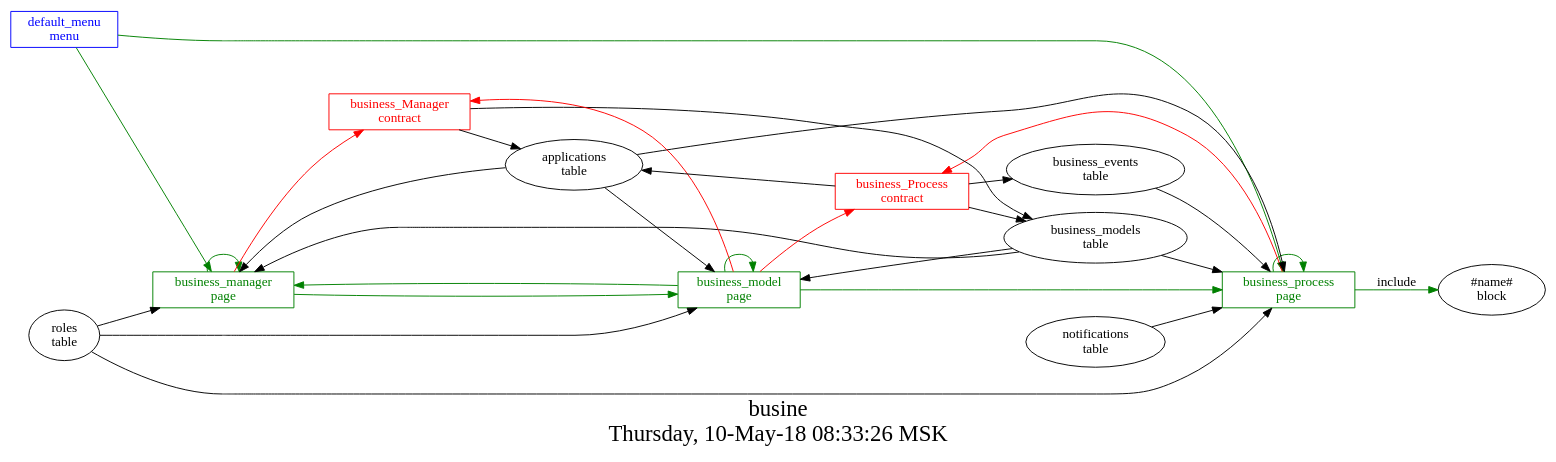
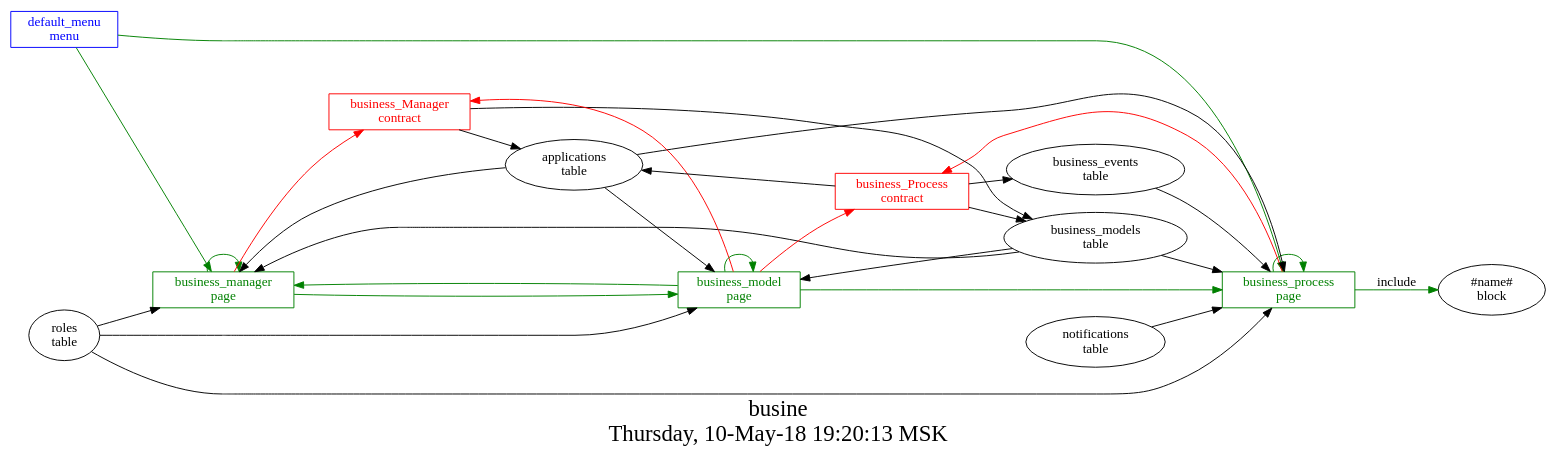
Before and after one commit to AplaProject/apps: the diagram in src/business/struct.dot, drawn with Graphviz. The commit also changed 10 other files, not shown here.

```diff
--- a/src/business/struct.dot
+++ b/src/business/struct.dot
@@ -1,47 +1,47 @@
 digraph G {
 graph [
   fontsize="24";
-  label="busine\nThursday, 10-May-18 08:33:26 MSK";
+  label="busine\nThursday, 10-May-18 19:20:13 MSK";
   nojustify=true;
   ordering=out;
   rankdir=LR;
   size="30";
 ];
 "default_menu\nmenu" -> "business_manager\npage"  [ color=green ]
 "default_menu\nmenu" -> "business_process\npage"  [ color=green ]
 "default_menu\nmenu" [color=blue, fontcolor=blue, group=menus, shape=record];
 "business_manager\npage" -> "business_Manager\ncontract"  [ color=red ]
 "applications\ntable" -> "business_manager\npage"  [ color="" ]
 "roles\ntable" -> "business_manager\npage"  [ color="" ]
 "business_models\ntable" -> "business_manager\npage"  [ color="" ]
 "business_manager\npage" -> "business_model\npage"  [ color=green ]
 "business_manager\npage" -> "business_manager\npage"  [ color=green ]
 "business_manager\npage" [color=green, fontcolor=green, group=pages, shape=record];
 "business_model\npage" -> "business_Process\ncontract"  [ color=red ]
 "business_model\npage" -> "business_Manager\ncontract"  [ color=red ]
 "applications\ntable" -> "business_model\npage"  [ color="" ]
 "business_models\ntable" -> "business_model\npage"  [ color="" ]
 "roles\ntable" -> "business_model\npage"  [ color="" ]
 "business_model\npage" -> "business_manager\npage"  [ color=green ]
 "business_model\npage" -> "business_process\npage"  [ color=green ]
 "business_model\npage" -> "business_model\npage"  [ color=green ]
 "business_model\npage" [color=green, fontcolor=green, group=pages, shape=record];
 "business_process\npage" -> "business_Process\ncontract"  [ color=red ]
 "applications\ntable" -> "business_process\npage"  [ color="" ]
 "notifications\ntable" -> "business_process\npage"  [ color="" ]
 "business_models\ntable" -> "business_process\npage"  [ color="" ]
 "roles\ntable" -> "business_process\npage"  [ color="" ]
 "business_events\ntable" -> "business_process\npage"  [ color="" ]
 "business_process\npage" -> "business_process\npage"  [ color=green ]
 "business_process\npage" -> "#name#\nblock"  [ color=green, label=include ]
 "business_process\npage" [color=green, fontcolor=green, group=pages, shape=record];
 "business_Manager\ncontract" -> "applications\ntable"  [ color="" ]
 "business_Manager\ncontract" -> "business_models\ntable"  [ color="" ]
 "business_Manager\ncontract" [color=red, fontcolor=red, group=contracts, shape=record];
 "business_Process\ncontract" -> "applications\ntable"  [ color="" ]
 "business_Process\ncontract" -> "business_events\ntable"  [ color="" ]
 "business_Process\ncontract" -> "business_models\ntable"  [ color="" ]
 "business_Process\ncontract" [color=red, fontcolor=red, group=contracts, shape=record];
 "business_events\ntable" [color="", fontcolor="", group=tables, shape=""];
 "business_models\ntable" [color="", fontcolor="", group=tables, shape=""];
 }
```
